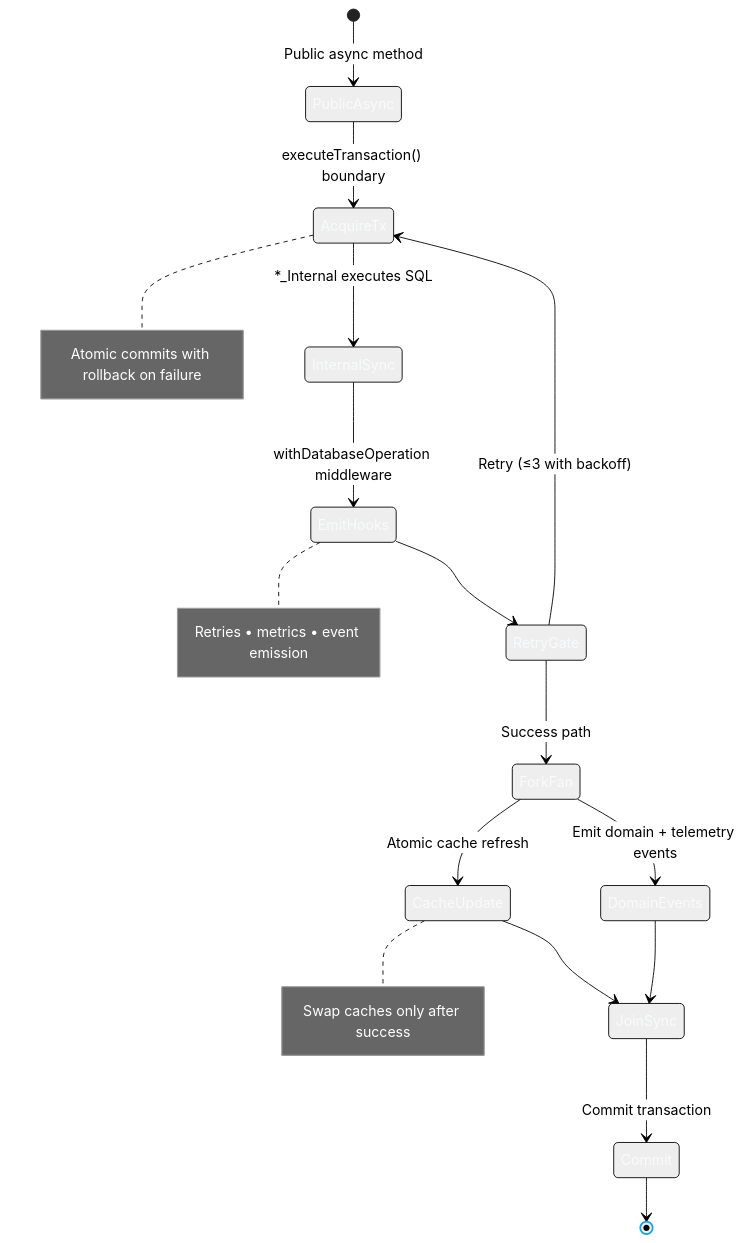
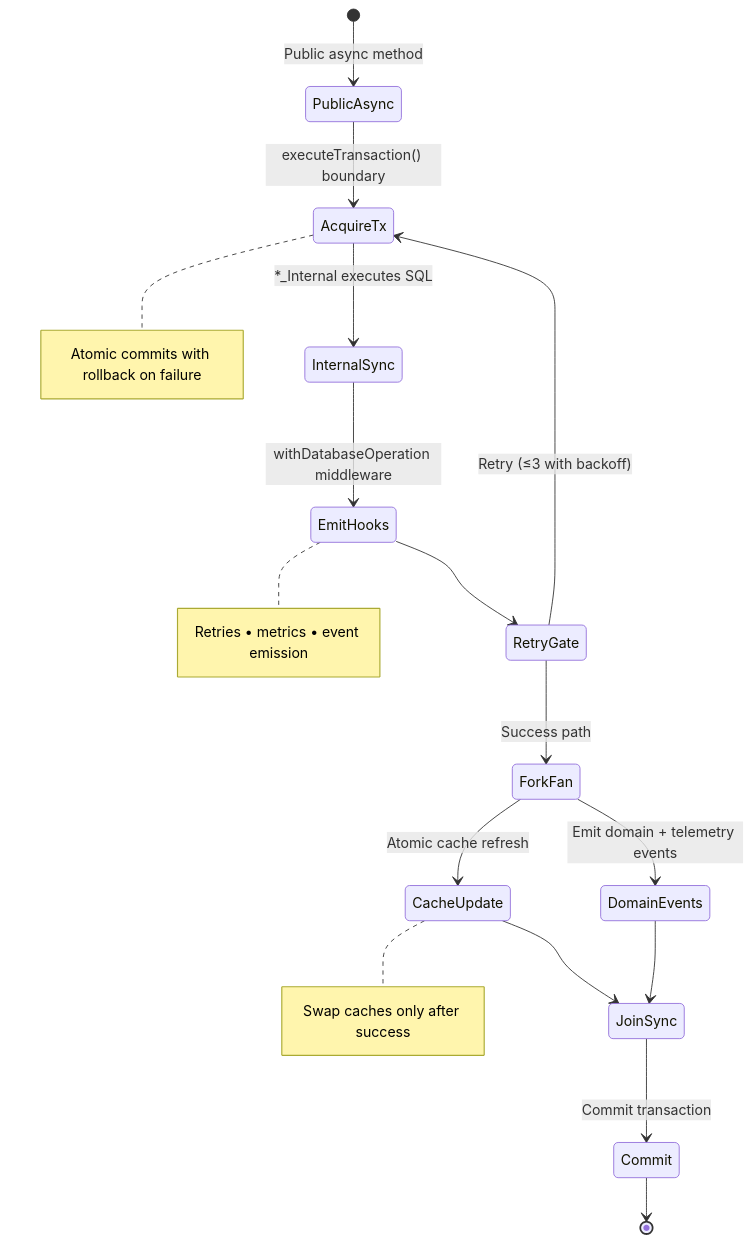
The diagram in docs/Architecture/ADRs/ADR-001-Repository-Pattern.md (Nick2bad4u/Uptime-Watcher), drawn with Mermaid before and after one commit. The commit also changed 4 other files, not shown here.

First line of the commit message:
✨ [feat] Add comprehensive Mermaid config with dark mode

````diff
--- a/docs/Architecture/ADRs/ADR-001-Repository-Pattern.md
+++ b/docs/Architecture/ADRs/ADR-001-Repository-Pattern.md
@@ -24,23 +24,22 @@
 ```mermaid
-%%{init: {'theme': 'neutral', 'themeVariables': { 'fontFamily': 'Inter, system-ui, sans-serif', 'primaryColor': '#0f172a', 'primaryTextColor': '#f8fafc', 'primaryBorderColor': '#38bdf8', 'lineColor': '#0ea5e9' }, 'state': { 'nodeSpacing': 55, 'useMaxWidth': true } }}%%
 stateDiagram-v2
     [*] --> PublicAsync: Public async method
     PublicAsync --> AcquireTx: executeTransaction() boundary
     note right of AcquireTx : Atomic commits with rollback on failure
     AcquireTx --> InternalSync: *_Internal executes SQL
     InternalSync --> EmitHooks: withDatabaseOperation middleware
     note right of EmitHooks : Retries • metrics • event emission
     EmitHooks --> RetryGate
     state RetryGate <<choice>>
     RetryGate --> AcquireTx: Retry (≤3 with backoff)
     RetryGate --> ForkFan: Success path
     state ForkFan <<fork>>
     ForkFan --> CacheUpdate: Atomic cache refresh
     note right of CacheUpdate : Swap caches only after success
     ForkFan --> DomainEvents: Emit domain + telemetry events
     CacheUpdate --> JoinSync
     DomainEvents --> JoinSync
     state JoinSync <<join>>
     JoinSync --> Commit: Commit transaction
     Commit --> [*]
 ```
````
